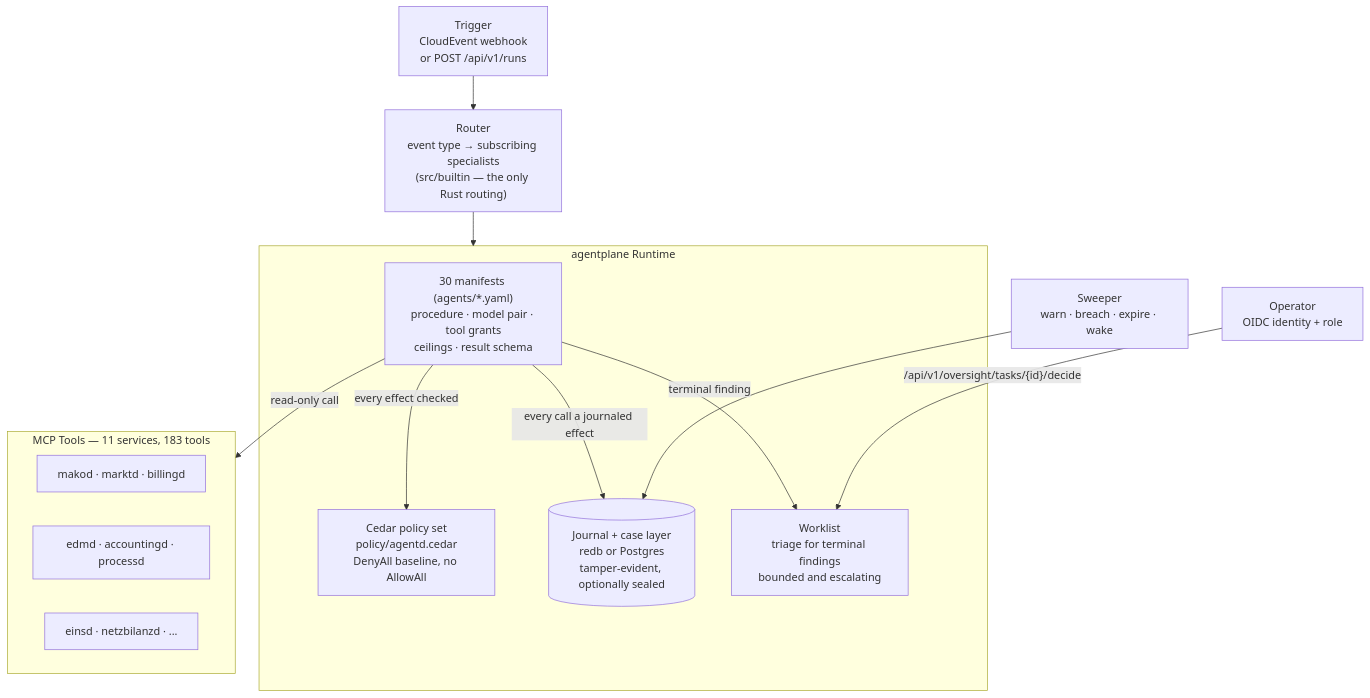
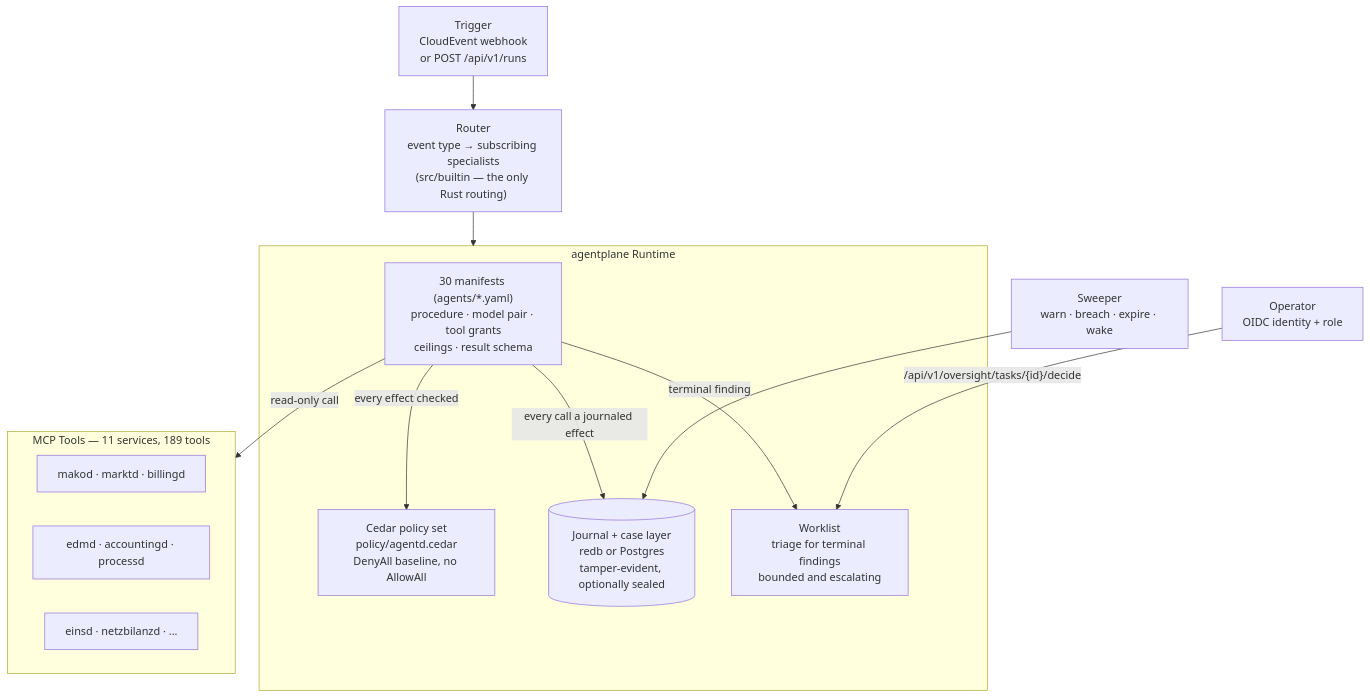
The first of 4 diagrams in site/content/docs/services/agentd.md (hupe1980/mako), drawn with Mermaid before and after one commit. The commit also changed other lines of this file and 571 other files, not shown here.

````diff
--- a/site/content/docs/services/agentd.md
+++ b/site/content/docs/services/agentd.md
@@ -519,29 +548,29 @@
 ```mermaid
 graph TB
     TRIGGER["Trigger<br/>CloudEvent webhook<br/>or POST /api/v1/runs"]
     ROUTER["Router<br/>event type → subscribing specialists<br/>(src/builtin — the only Rust routing)"]
 
     subgraph plane ["agentplane Runtime"]
         MANIFEST["30 manifests (agents/*.yaml)<br/>procedure · model pair · tool grants<br/>ceilings · result schema"]
         POLICY["Cedar policy set<br/>policy/agentd.cedar<br/>DenyAll baseline, no AllowAll"]
         JOURNAL[("Journal + case layer<br/>redb or Postgres<br/>tamper-evident, optionally sealed")]
         OVERSIGHT["Worklist<br/>triage for terminal findings<br/>bounded and escalating"]
     end
 
-    subgraph tools ["MCP Tools — 11 services, 183 tools"]
+    subgraph tools ["MCP Tools — 11 services, 189 tools"]
         T1["makod · marktd · billingd"]
         T2["edmd · accountingd · processd"]
         T3["einsd · netzbilanzd · ..."]
     end
 
     HUMAN["Operator<br/>OIDC identity + role"]
     SWEEP["Sweeper<br/>warn · breach · expire · wake"]
 
     TRIGGER --> ROUTER --> plane
     MANIFEST -->|"every effect checked"| POLICY
     MANIFEST -->|"every call a journaled effect"| JOURNAL
     MANIFEST -->|"terminal finding"| OVERSIGHT
     HUMAN -->|"/api/v1/oversight/tasks/{id}/decide"| OVERSIGHT
     SWEEP --> JOURNAL
     MANIFEST -->|"read-only call"| tools
 ```
````
